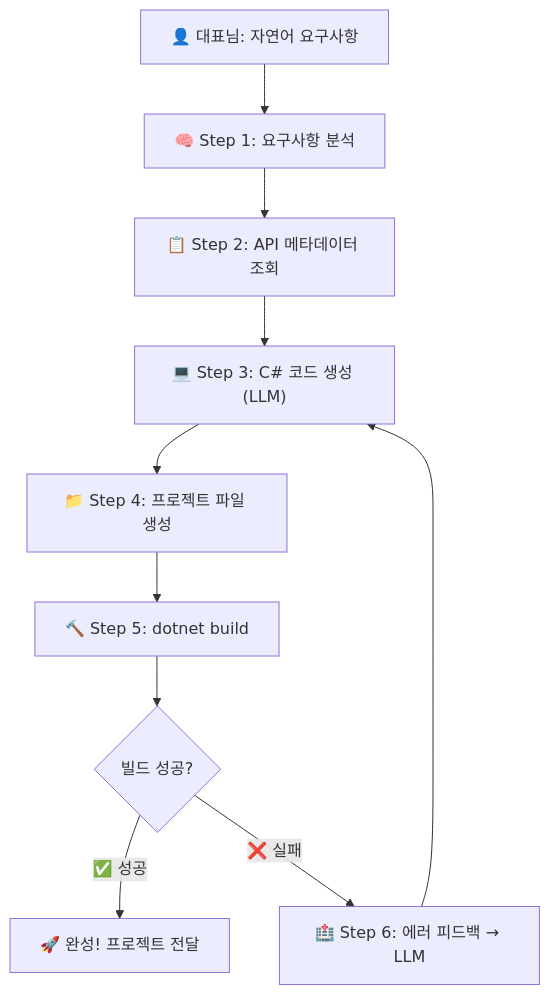
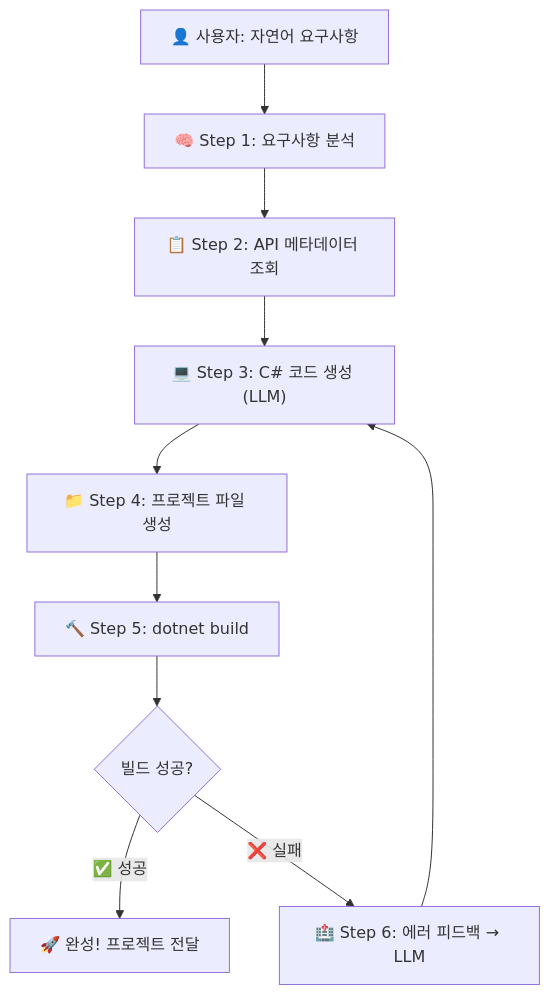
One commit to rookiejava/generate-tizen-app changed the diagram in docs/implementation_plan.md. Above: the diagram before and after it, drawn with Mermaid. The commit also changed other lines of this file and 4 other files, not shown here.

````diff
--- a/docs/implementation_plan.md
+++ b/docs/implementation_plan.md
@@ -24,12 +24,12 @@
 ```mermaid
 flowchart TD
-    A["👤 대표님: 자연어 요구사항"] --> B["🧠 Step 1: 요구사항 분석"]
+    A["👤 사용자: 자연어 요구사항"] --> B["🧠 Step 1: 요구사항 분석"]
     B --> C["📋 Step 2: API 메타데이터 조회"]
     C --> D["💻 Step 3: C# 코드 생성 (LLM)"]
     D --> E["📁 Step 4: 프로젝트 파일 생성"]
     E --> F["🔨 Step 5: dotnet build"]
     F --> G{빌드 성공?}
     G -->|✅ 성공| H["🚀 완성! 프로젝트 전달"]
     G -->|❌ 실패| I["🏥 Step 6: 에러 피드백 → LLM"]
     I --> D
 ```
````
